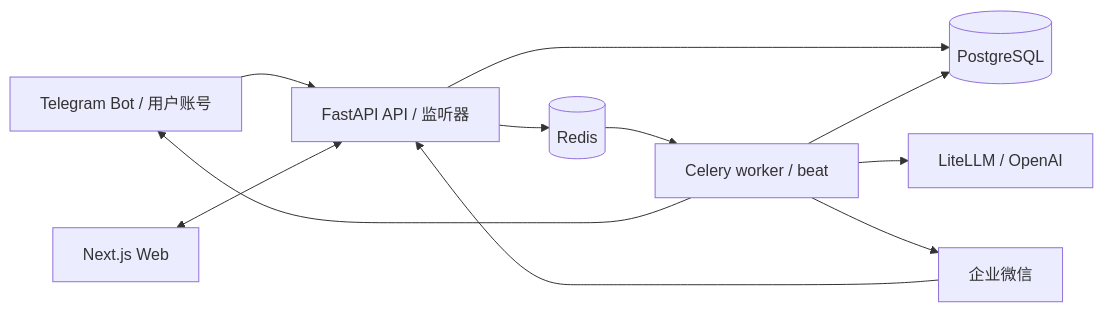
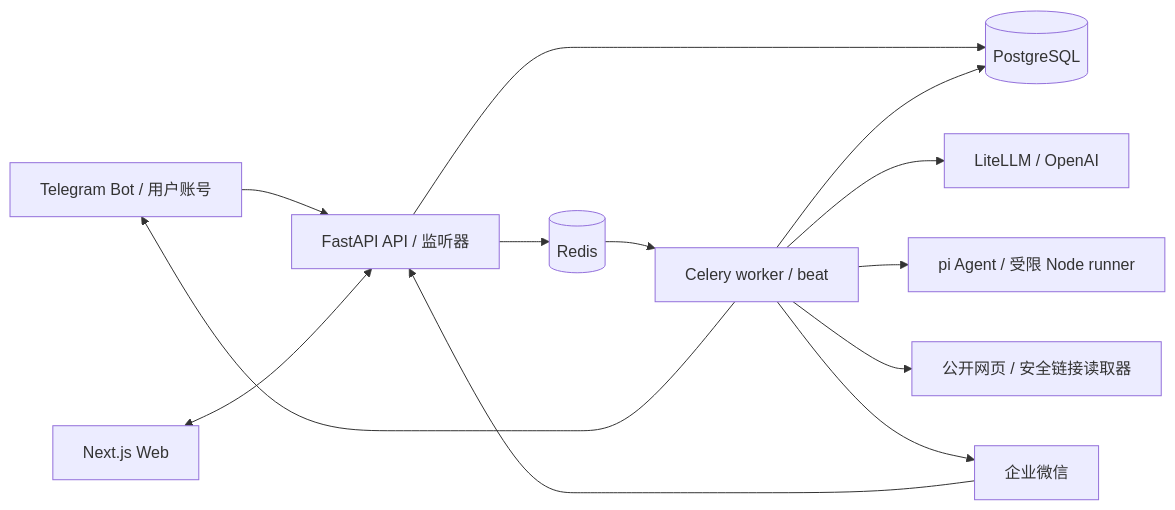
The first of 3 diagrams in docs/architecture/overview.md (story2u/OpenMIRA), drawn with Mermaid before and after one commit. The commit also changed other lines of this file and 61 other files, not shown here.

````diff
--- a/docs/architecture/overview.md
+++ b/docs/architecture/overview.md
@@ -10,13 +10,15 @@
 ```mermaid
 flowchart LR
     TG["Telegram Bot / 用户账号"] --> API["FastAPI API / 监听器"]
     WC["企业微信"] --> API
     WEB["Next.js Web"] <--> API
     API --> PG[(PostgreSQL)]
     API --> REDIS[(Redis)]
     REDIS --> CELERY["Celery worker / beat"]
     CELERY --> PG
     CELERY --> AI["LiteLLM / OpenAI"]
+    CELERY --> PI["pi Agent / 受限 Node runner"]
+    CELERY --> WEBLINK["公开网页 / 安全链接读取器"]
     CELERY --> TG
     CELERY --> WC
 ```
````
